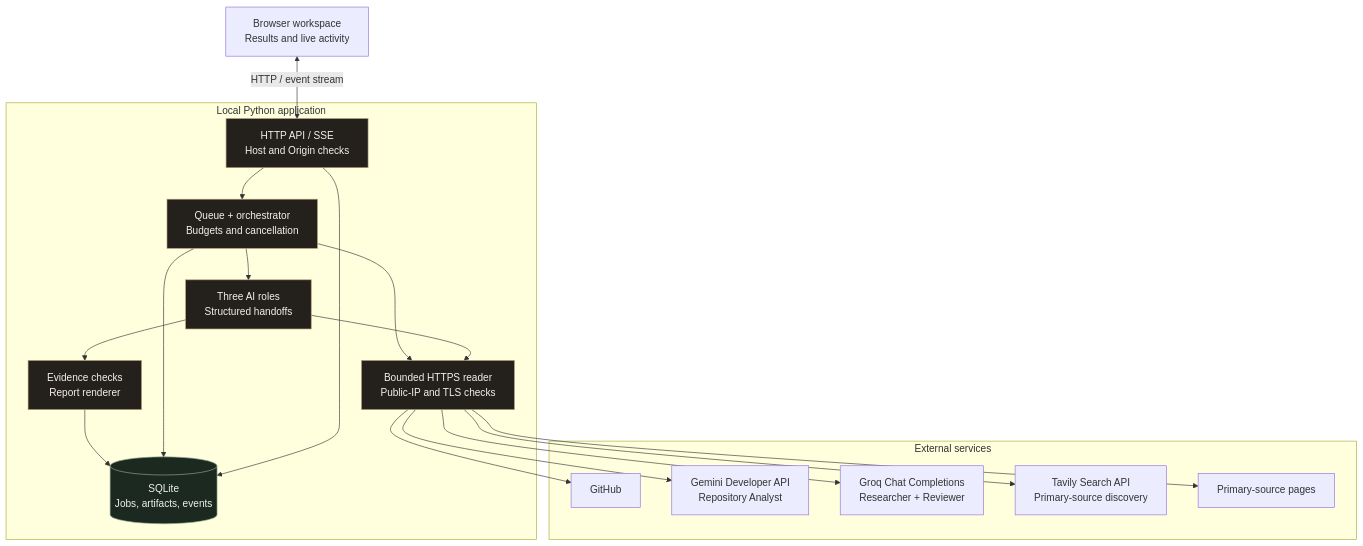
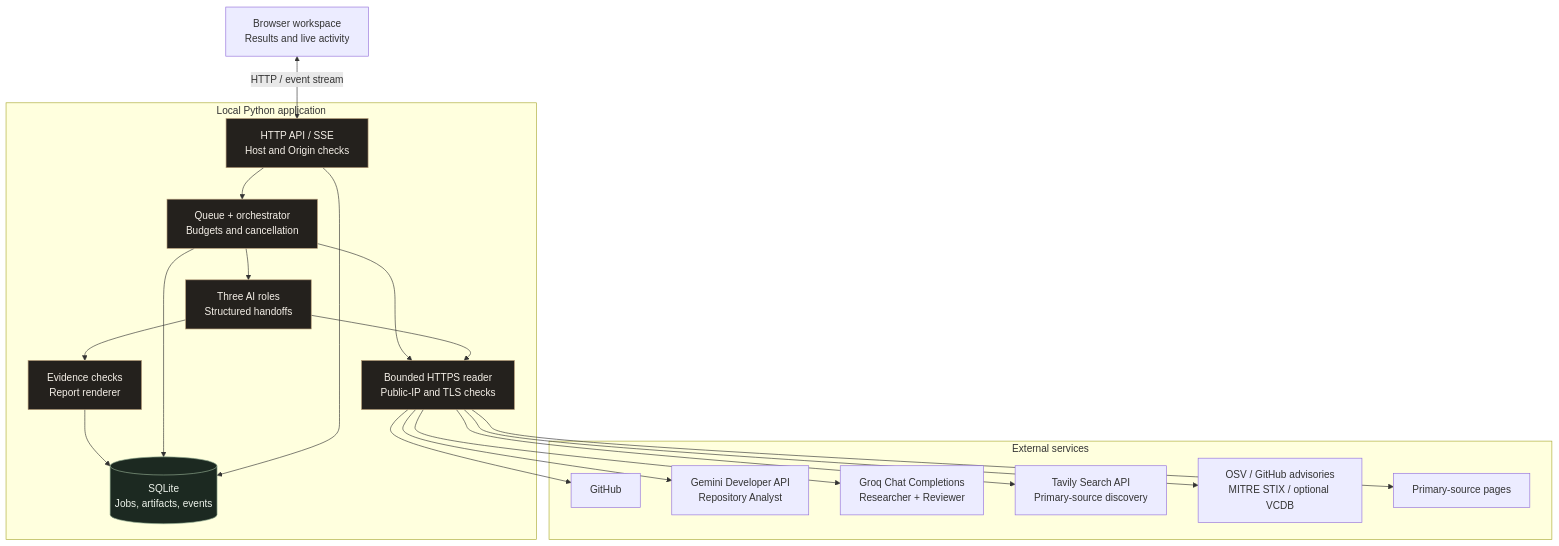
One commit to saubhagya7dev/DevSecOps changed the second of 3 diagrams in README.md. Above: the diagram before and after it, drawn with Mermaid. The commit also changed other lines of this file, not shown here.

Commit message:
docs: update README for bounded structured incident discovery

````diff
--- a/README.md
+++ b/README.md
@@ -274,42 +279,44 @@
 ```mermaid
 flowchart TB
     UI["Browser workspace<br/>Results and live activity"]
 
     subgraph LOCAL["Local Python application"]
         API["HTTP API / SSE<br/>Host and Origin checks"]
         ORCH["Queue + orchestrator<br/>Budgets and cancellation"]
         ROLES["Three AI roles<br/>Structured handoffs"]
         CHECKS["Evidence checks<br/>Report renderer"]
         DB[("SQLite<br/>Jobs, artifacts, events")]
         READER["Bounded HTTPS reader<br/>Public-IP and TLS checks"]
 
         API --> ORCH
         ORCH --> ROLES
         ROLES --> CHECKS
         CHECKS --> DB
         ORCH --> DB
         API --> DB
         ORCH --> READER
         ROLES --> READER
     end
 
     subgraph EXTERNAL["External services"]
         GH["GitHub"]
         GEMINI["Gemini Developer API<br/>Repository Analyst"]
         GROQ["Groq Chat Completions<br/>Researcher + Reviewer"]
         TAVILY["Tavily Search API<br/>Primary-source discovery"]
+        DISCOVERY["OSV / GitHub advisories<br/>MITRE STIX / optional VCDB"]
         SOURCES["Primary-source pages"]
     end
 
     UI <-->|"HTTP / event stream"| API
     READER --> GH
     READER --> GEMINI
     READER --> GROQ
     READER --> TAVILY
+    READER --> DISCOVERY
     READER --> SOURCES
 
     classDef local fill:#24211d,stroke:#b59b77,color:#f5f0e8
     classDef data fill:#1c2921,stroke:#93ad91,color:#edf3eb
     class API,ORCH,ROLES,CHECKS,READER local
     class DB data
 ```
````
